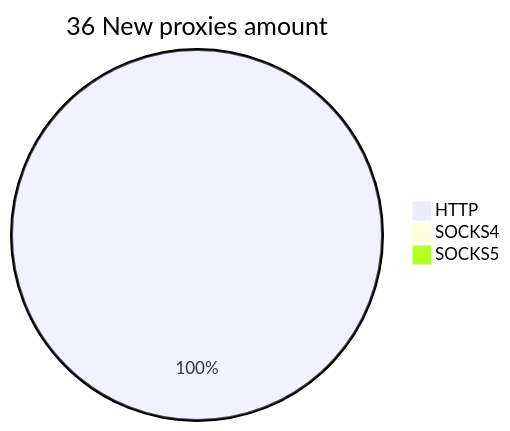
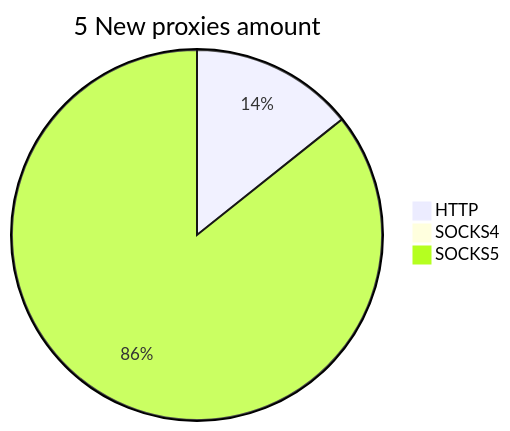
One commit to cutipu/proxylist changed the second of 2 diagrams in README.md. Above: the diagram before and after it, drawn with Mermaid. The commit also changed other lines of this file, not shown here.

````diff
--- a/README.md
+++ b/README.md
@@ -10,6 +10,6 @@
 ```mermaid
-pie title 36 New proxies amount
-    "HTTP" : 79
+pie title 5 New proxies amount
+    "HTTP" : 1
     "SOCKS4" : 0
-    "SOCKS5" : 0
+    "SOCKS5" : 6
 ```
````
